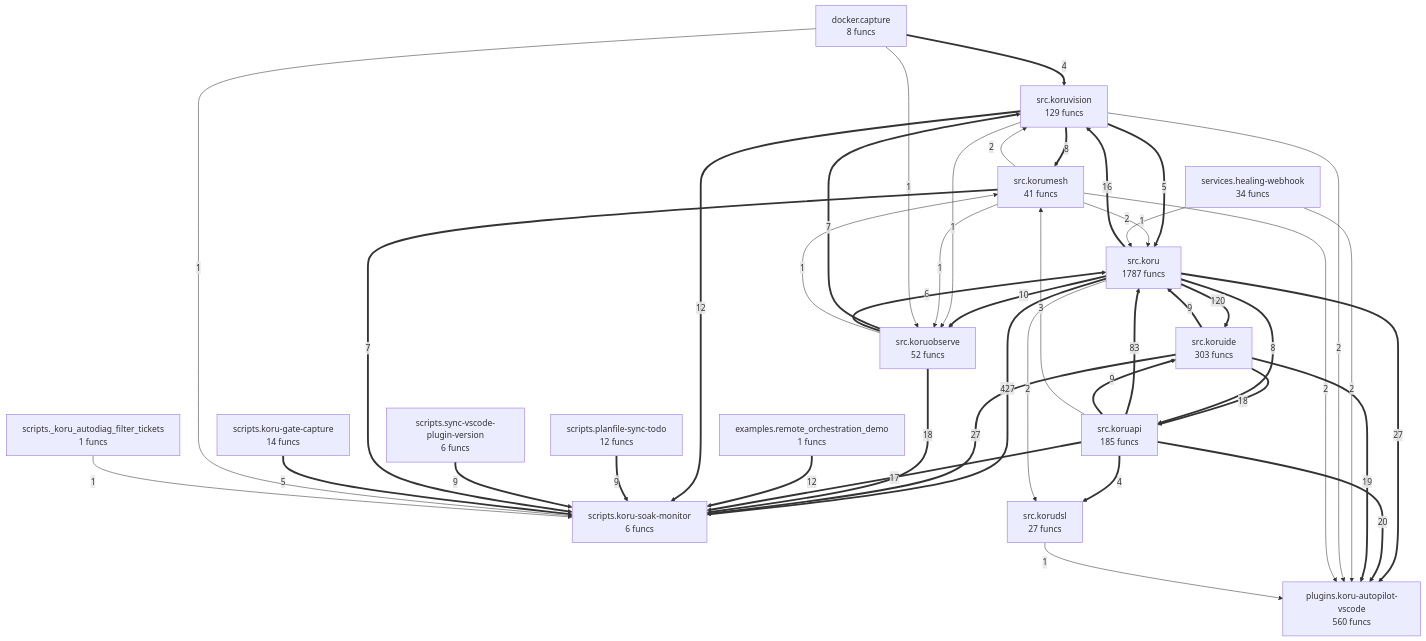
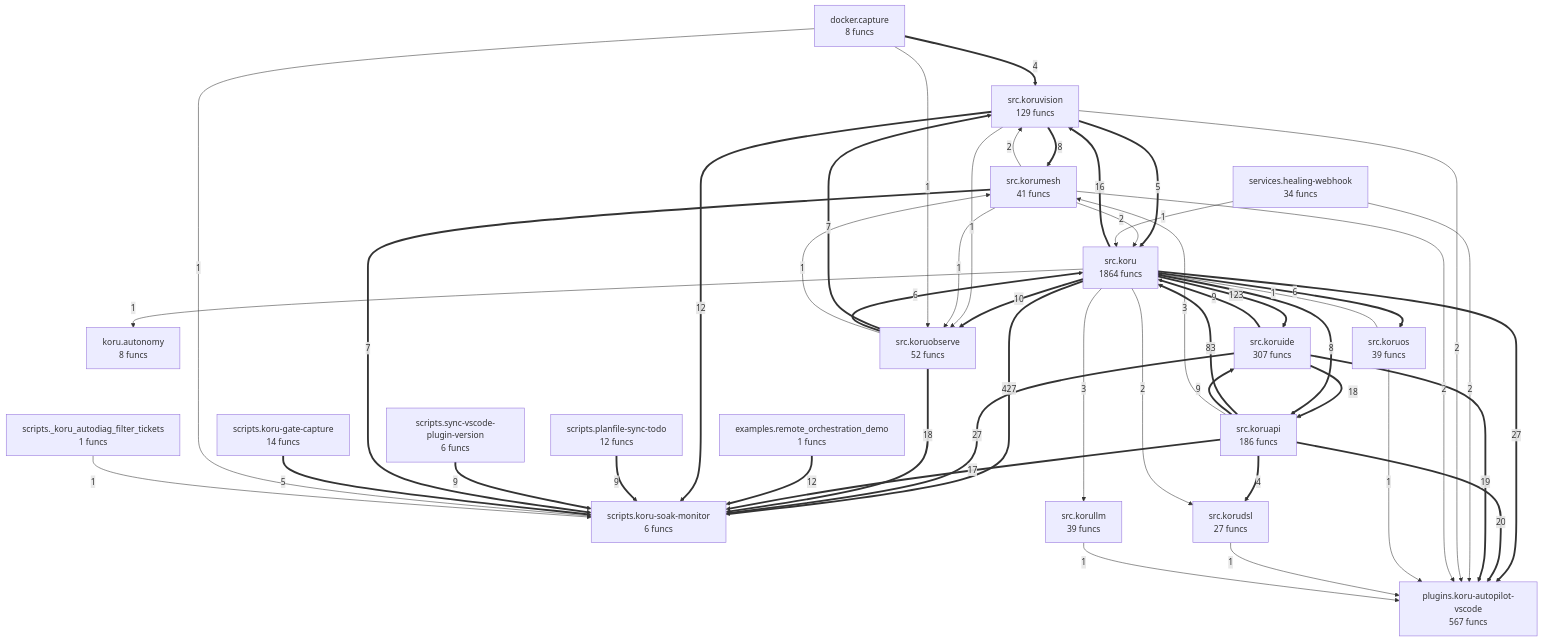
Before and after one commit to semcod/koru: the diagram in project/compact_flow.mmd, drawn with Mermaid. The commit also changed 41 other files, not shown here.

```diff
--- a/project/compact_flow.mmd
+++ b/project/compact_flow.mmd
@@ -1,60 +1,69 @@
 flowchart TD
-%% generated in 0.11s
+%% generated in 0.15s
     docker__capture["docker.capture<br/>8 funcs"]
     examples__remote_orchestration_demo["examples.remote_orchestration_demo<br/>1 funcs"]
-    plugins__koru_autopilot_vscode["plugins.koru-autopilot-vscode<br/>560 funcs"]
+    koru__autonomy["koru.autonomy<br/>8 funcs"]
+    plugins__koru_autopilot_vscode["plugins.koru-autopilot-vscode<br/>567 funcs"]
     scripts___koru_autodiag_filter_tickets["scripts._koru_autodiag_filter_tickets<br/>1 funcs"]
     scripts__koru_gate_capture["scripts.koru-gate-capture<br/>14 funcs"]
     scripts__koru_soak_monitor["scripts.koru-soak-monitor<br/>6 funcs"]
     scripts__planfile_sync_todo["scripts.planfile-sync-todo<br/>12 funcs"]
     scripts__sync_vscode_plugin_version["scripts.sync-vscode-plugin-version<br/>6 funcs"]
     services__healing_webhook["services.healing-webhook<br/>34 funcs"]
-    src__koru["src.koru<br/>1787 funcs"]
-    src__koruapi["src.koruapi<br/>185 funcs"]
+    src__koru["src.koru<br/>1864 funcs"]
+    src__koruapi["src.koruapi<br/>186 funcs"]
     src__korudsl["src.korudsl<br/>27 funcs"]
-    src__koruide["src.koruide<br/>303 funcs"]
+    src__koruide["src.koruide<br/>307 funcs"]
+    src__korullm["src.korullm<br/>39 funcs"]
     src__korumesh["src.korumesh<br/>41 funcs"]
     src__koruobserve["src.koruobserve<br/>52 funcs"]
+    src__koruos["src.koruos<br/>39 funcs"]
     src__koruvision["src.koruvision<br/>129 funcs"]
     src__koru ==>|427| scripts__koru_soak_monitor
-    src__koru ==>|120| src__koruide
+    src__koru ==>|123| src__koruide
     src__koruapi ==>|83| src__koru
     src__koruide ==>|27| scripts__koru_soak_monitor
     src__koru ==>|27| plugins__koru_autopilot_vscode
     src__koruapi ==>|20| plugins__koru_autopilot_vscode
     src__koruide ==>|19| plugins__koru_autopilot_vscode
     src__koruobserve ==>|18| scripts__koru_soak_monitor
     src__koruide ==>|18| src__koruapi
     src__koruapi ==>|17| scripts__koru_soak_monitor
     src__koru ==>|16| src__koruvision
     examples__remote_orchestration_demo ==>|12| scripts__koru_soak_monitor
     src__koruvision ==>|12| scripts__koru_soak_monitor
     src__koru ==>|10| src__koruobserve
     src__koruapi ==>|9| src__koruide
     src__koruide ==>|9| src__koru
     scripts__planfile_sync_todo ==>|9| scripts__koru_soak_monitor
     scripts__sync_vscode_plugin_version ==>|9| scripts__koru_soak_monitor
     src__koruvision ==>|8| src__korumesh
     src__koru ==>|8| src__koruapi
     src__koruobserve ==>|7| src__koruvision
     src__korumesh ==>|7| scripts__koru_soak_monitor
     src__koruobserve ==>|6| src__koru
+    src__koru ==>|6| src__koruos
     src__koruvision ==>|5| src__koru
     scripts__koru_gate_capture ==>|5| scripts__koru_soak_monitor
     src__koruapi ==>|4| src__korudsl
     docker__capture ==>|4| src__koruvision
     src__koruapi -->|3| src__korumesh
+    src__koru -->|3| src__korullm
     services__healing_webhook -->|2| plugins__koru_autopilot_vscode
     src__koruvision -->|2| plugins__koru_autopilot_vscode
     src__korumesh -->|2| src__koru
     src__korumesh -->|2| src__koruvision
     src__korumesh -->|2| plugins__koru_autopilot_vscode
     src__koru -->|2| src__korudsl
     services__healing_webhook -->|1| src__koru
     src__koruobserve -->|1| src__korumesh
+    src__koruos -->|1| plugins__koru_autopilot_vscode
+    src__koruos -->|1| src__koru
     src__korudsl -->|1| plugins__koru_autopilot_vscode
+    src__korullm -->|1| plugins__koru_autopilot_vscode
     src__koruvision -->|1| src__koruobserve
     src__korumesh -->|1| src__koruobserve
     docker__capture -->|1| src__koruobserve
     docker__capture -->|1| scripts__koru_soak_monitor
     scripts___koru_autodiag_filter_tickets -->|1| scripts__koru_soak_monitor
+    src__koru -->|1| koru__autonomy
```
